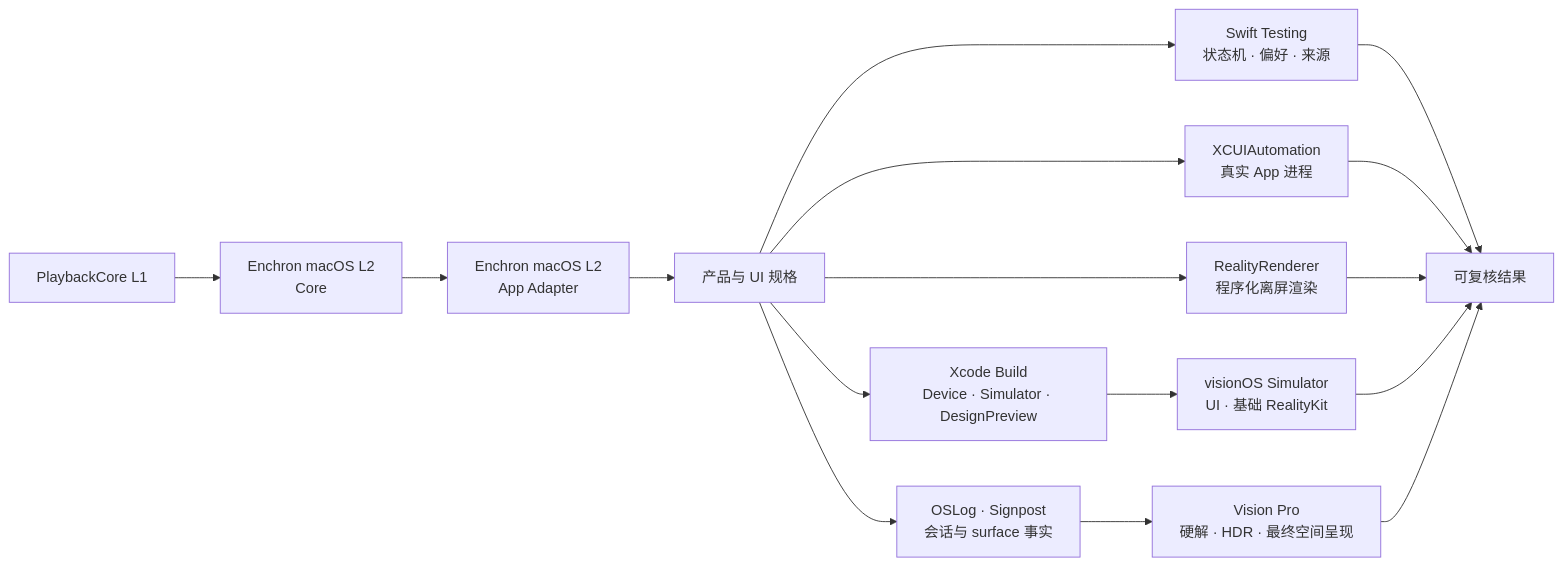
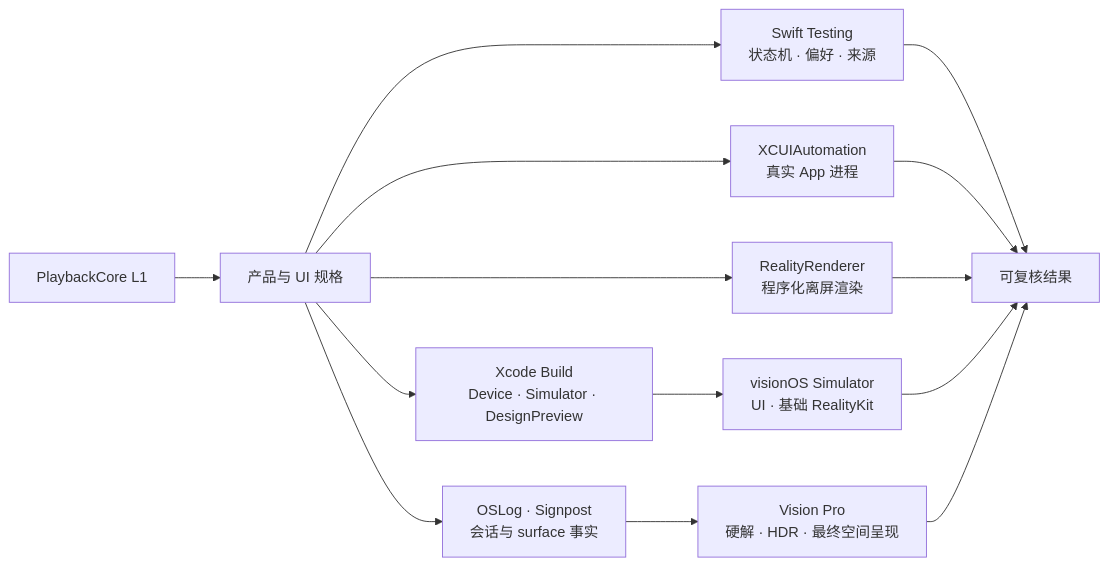
Before and after one commit to 1873663116/Enchron: the diagram in docs/ui/acceptance.md, drawn with Mermaid. The commit also changed other lines of this file and 96 other files, not shown here.

````diff
--- a/docs/ui/acceptance.md
+++ b/docs/ui/acceptance.md
@@ -5,18 +5,16 @@
 ```mermaid
 flowchart LR
-    Core["PlaybackCore L1"] --> MacCore["Enchron macOS L2\nCore"]
-    MacCore --> MacAdapter["Enchron macOS L2\nApp Adapter"]
-    MacAdapter --> Spec["产品与 UI 规格"]
+    Core["PlaybackCore L1"] --> Spec["产品与 UI 规格"]
     Spec --> Logic["Swift Testing\n状态机 · 偏好 · 来源"]
     Spec --> Build["Xcode Build\nDevice · Simulator · DesignPreview"]
     Spec --> E2E["XCUIAutomation\n真实 App 进程"]
     Spec --> Render["RealityRenderer\n程序化离屏渲染"]
     Spec --> Runtime["OSLog · Signpost\n会话与 surface 事实"]
     Build --> Sim["visionOS Simulator\nUI · 基础 RealityKit"]
     Runtime --> Device["Vision Pro\n硬解 · HDR · 最终空间呈现"]
     Logic --> Result["可复核结果"]
     E2E --> Result
     Render --> Result
     Sim --> Result
     Device --> Result
 ```
````
